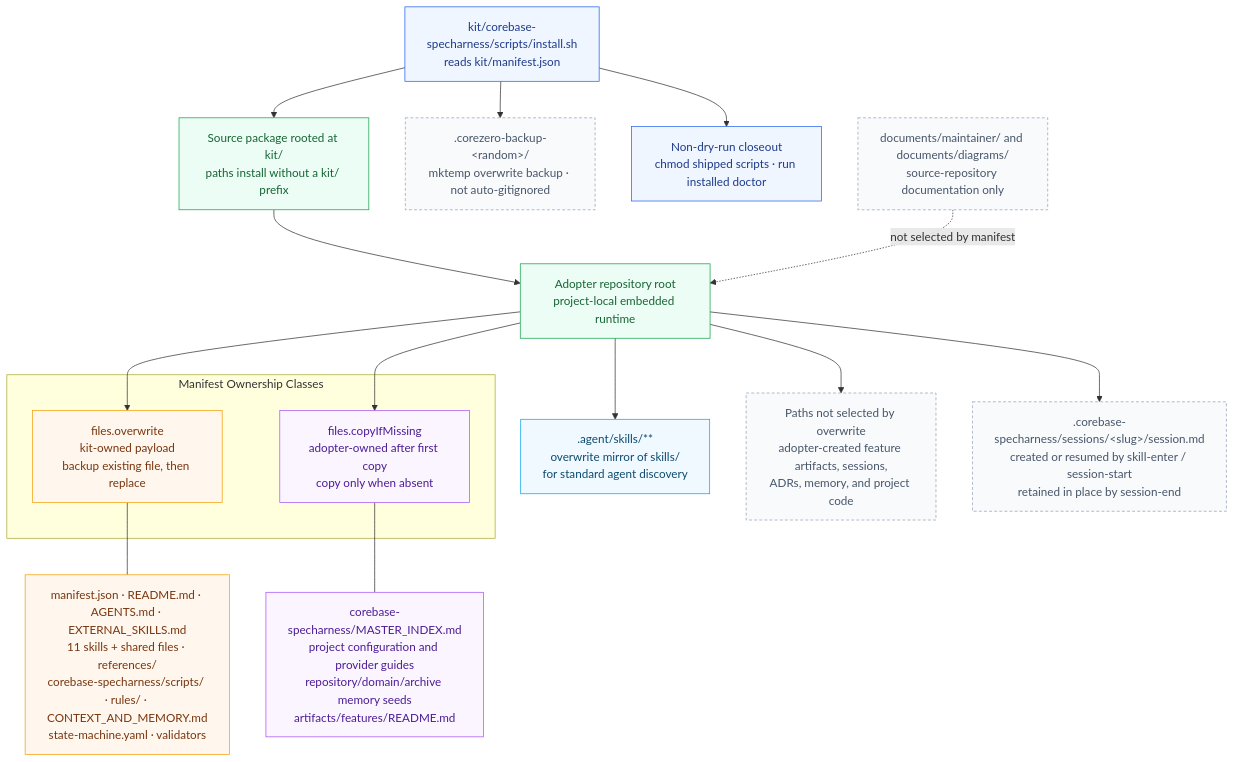
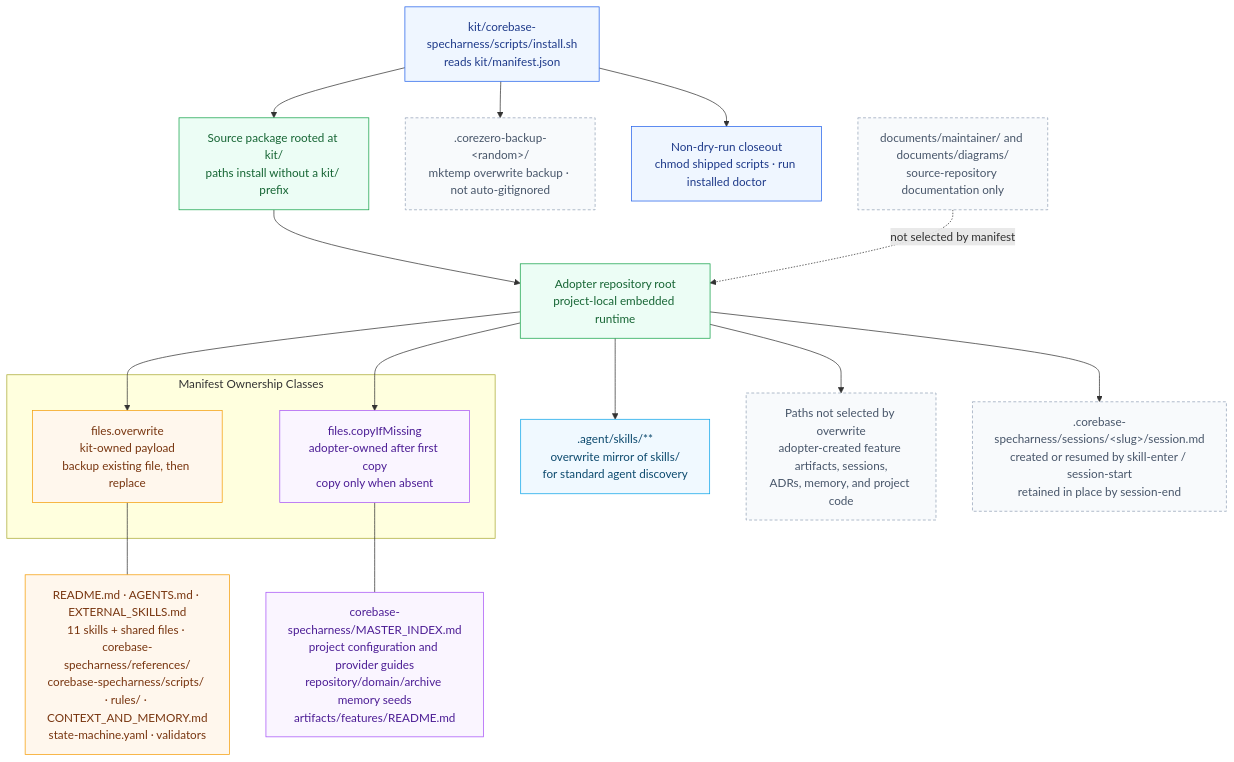
One commit to thaihai-swe/corebase-specharness changed the diagram in documents/diagrams/source/system-design/installed-boundary.mmd. Above: the diagram before and after it, drawn with Mermaid. The commit also changed 38 other files, not shown here.

First line of the commit message:
Refactor context routing and tool provider references

```diff
--- a/documents/diagrams/source/system-design/installed-boundary.mmd
+++ b/documents/diagrams/source/system-design/installed-boundary.mmd
@@ -1,50 +1,50 @@
 flowchart TB
     %% Installed Boundary — implementation authority: manifest.json + install.sh
     %% Palette: documents/diagrams/source/_shared/palette.md
 
     INSTALL["kit/corebase-specharness/scripts/install.sh<br/>reads kit/manifest.json"]:::core --> PACKAGE["Source package rooted at kit/<br/>paths install without a kit/ prefix"]:::gate
     PACKAGE --> TARGET["Adopter repository root<br/>project-local embedded runtime"]:::gate
 
     subgraph OWNERSHIP["Manifest Ownership Classes"]
         OVERWRITE["files.overwrite<br/>kit-owned payload<br/>backup existing file, then replace"]:::decision
         SEED["files.copyIfMissing<br/>adopter-owned after first copy<br/>copy only when absent"]:::memory
     end
 
     TARGET --> OVERWRITE
     TARGET --> SEED
 
-    OVERWRITE --- OW_DESC["manifest.json · README.md · AGENTS.md · EXTERNAL_SKILLS.md<br/>11 skills + shared files · references/<br/>corebase-specharness/scripts/ · rules/ · CONTEXT_AND_MEMORY.md<br/>state-machine.yaml · validators"]:::decision
+    OVERWRITE --- OW_DESC["README.md · AGENTS.md · EXTERNAL_SKILLS.md<br/>11 skills + shared files · corebase-specharness/references/<br/>corebase-specharness/scripts/ · rules/ · CONTEXT_AND_MEMORY.md<br/>state-machine.yaml · validators"]:::decision
     SEED --- SEED_DESC["corebase-specharness/MASTER_INDEX.md<br/>project configuration and provider guides<br/>repository/domain/archive memory seeds<br/>artifacts/features/README.md"]:::memory
 
     AGENT_MIRROR[".agent/skills/**<br/>overwrite mirror of skills/<br/>for standard agent discovery"]:::external
     TARGET --> AGENT_MIRROR
 
     UNMANAGED["Paths not selected by overwrite<br/>adopter-created feature artifacts, sessions,<br/>ADRs, memory, and project code"]:::optional
     TARGET --> UNMANAGED
 
     SESSION[".corebase-specharness/sessions/&lt;slug&gt;/session.md<br/>created or resumed by skill-enter / session-start<br/>retained in place by session-end"]:::optional
     TARGET --> SESSION
 
     BACKUP[".corezero-backup-&lt;random&gt;/<br/>mktemp overwrite backup · not auto-gitignored"]:::optional
     INSTALL --> BACKUP
 
     VALIDATE["Non-dry-run closeout<br/>chmod shipped scripts · run installed doctor"]:::core
     INSTALL --> VALIDATE
 
     DOC["documents/maintainer/ and documents/diagrams/<br/>source-repository documentation only"]:::optional
     DOC -.->|not selected by manifest| TARGET
 
     classDef terminal fill:#111827,stroke:#111827,color:#fff
     classDef core fill:#eff6ff,stroke:#2563eb,color:#1e3a8a
     classDef gate fill:#ecfdf5,stroke:#16a34a,color:#166534
     classDef decision fill:#fff7ed,stroke:#f59e0b,color:#78350f
     classDef optional fill:#f8fafc,stroke:#94a3b8,color:#475569,stroke-dasharray:4 3
     classDef external fill:#f0f9ff,stroke:#0ea5e9,color:#0c4a6e
     classDef memory fill:#faf5ff,stroke:#a855f7,color:#4c1d95
 
     class INSTALL,VALIDATE core
     class PACKAGE,TARGET gate
     class OVERWRITE,OW_DESC decision
     class UNMANAGED,SESSION,BACKUP,DOC optional
     class AGENT_MIRROR external
     class SEED,SEED_DESC memory
```
